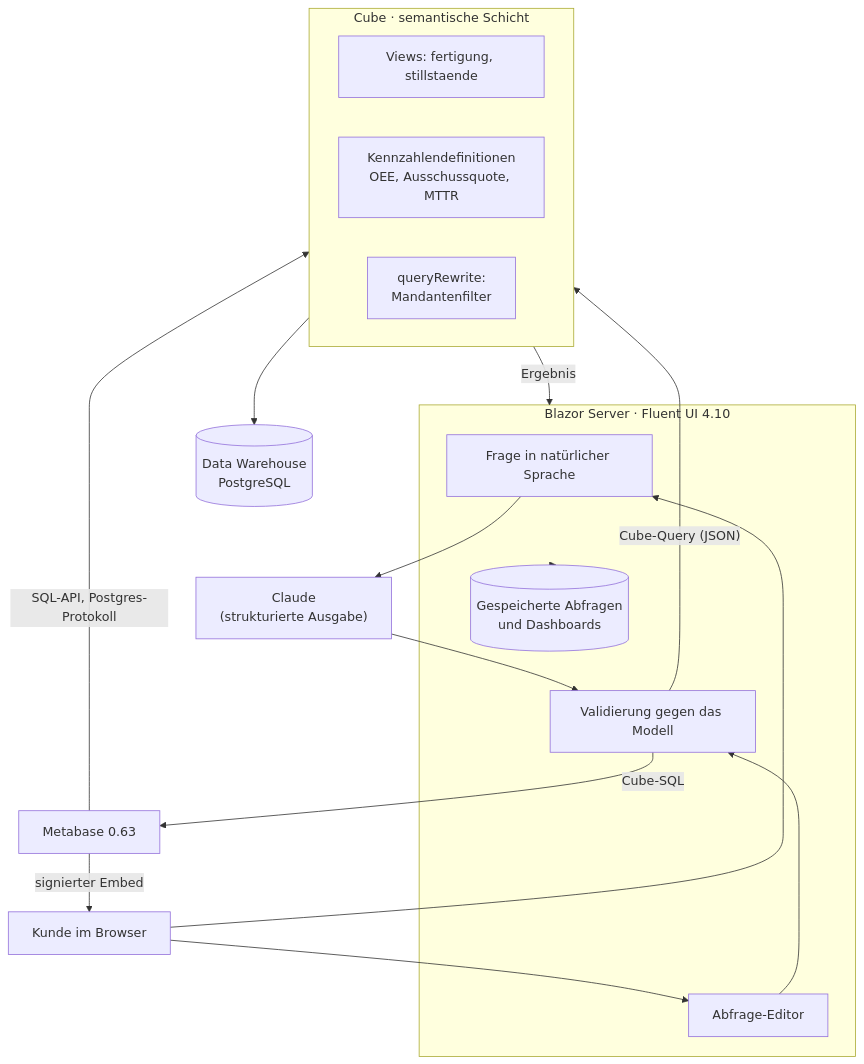
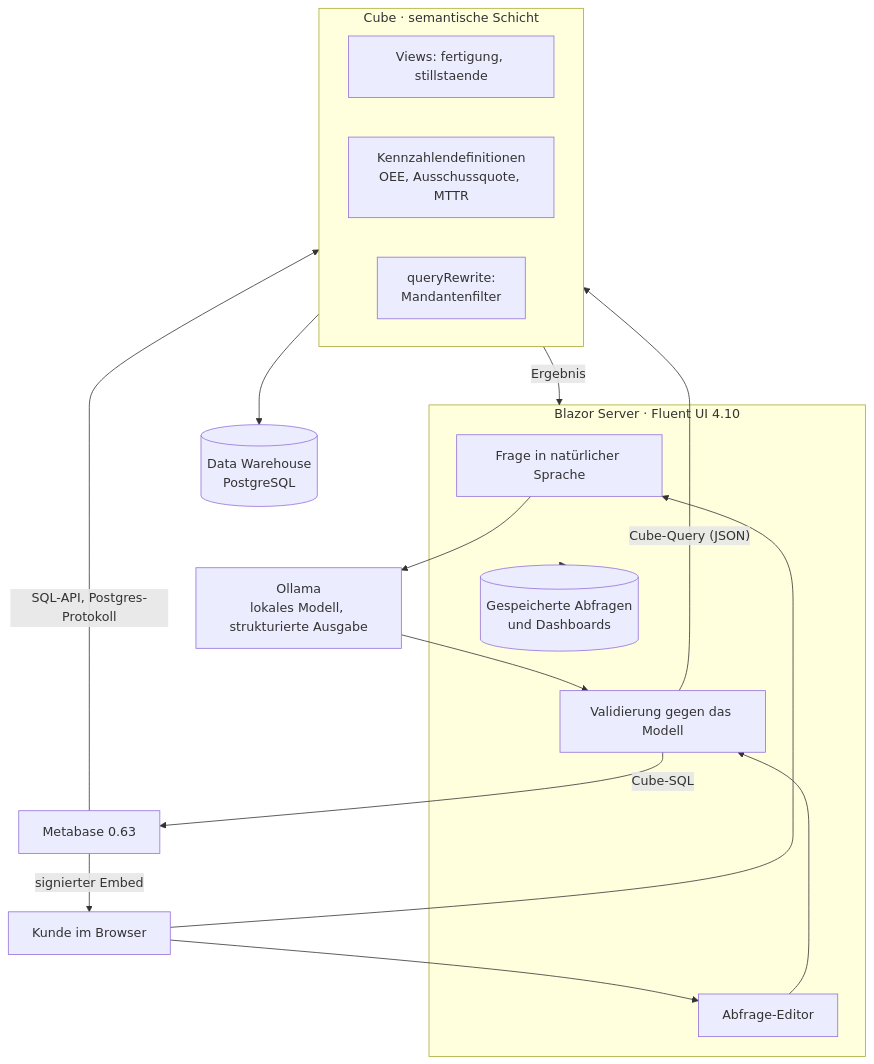
The diagram in README.md (verita-tech/NLTSQL), drawn with Mermaid before and after one commit. The commit also changed other lines of this file and 30 other files, not shown here.

First line of the commit message:
Replace Claude with Ollama, fix the Metabase path, show the chart first

````diff
--- a/README.md
+++ b/README.md
@@ -17,32 +17,32 @@
 ```mermaid
 flowchart TB
     User["Kunde im Browser"]
 
     subgraph App["Blazor Server · Fluent UI 4.10"]
         NL["Frage in natürlicher Sprache"]
         Builder["Abfrage-Editor"]
         Val["Validierung gegen das Modell"]
         Store[("Gespeicherte Abfragen<br/>und Dashboards")]
     end
 
-    Planner["Claude<br/>(strukturierte Ausgabe)"]
+    Planner["Ollama<br/>lokales Modell, strukturierte Ausgabe"]
 
     subgraph Semantic["Cube · semantische Schicht"]
         Views["Views: fertigung, stillstaende"]
         Metrics["Kennzahlendefinitionen<br/>OEE, Ausschussquote, MTTR"]
         Rewrite["queryRewrite:<br/>Mandantenfilter"]
     end
 
     DWH[("Data Warehouse<br/>PostgreSQL")]
     MB["Metabase 0.63"]
 
     User --> NL --> Planner --> Val
     User --> Builder --> Val
     Val -->|"Cube-Query (JSON)"| Semantic
     Val -->|"Cube-SQL"| MB
     Semantic --> DWH
     MB -->|"SQL-API, Postgres-Protokoll"| Semantic
     Semantic -->|Ergebnis| App
     MB -->|"signierter Embed"| User
     App --> Store
 ```
````
